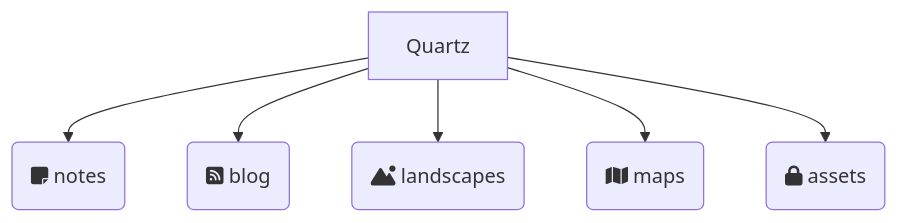
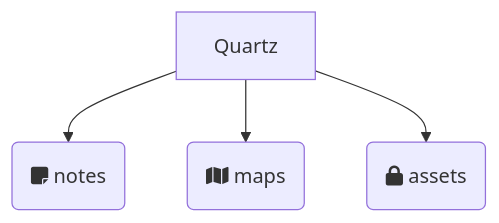
Before and after one commit to quantumgardener/qg.blog: the diagram in content/notes/The Quantum Garden folder structure.md, drawn with Mermaid. The commit also changed other lines of this file and 24 other files, not shown here.

````diff
--- a/content/notes/The Quantum Garden folder structure.md
+++ b/content/notes/The Quantum Garden folder structure.md
@@ -11,8 +11,6 @@
 ```mermaid
 flowchart TD
     A["Quartz"] --> B(fa:fa-note-sticky notes)
-    A --> C(fa:fa-square-rss blog)
-    A --> F(fa:fa-mountain-sun landscapes)
     A --> M(fa:fa-map maps)
     A --> D(fa:fa-lock assets)
 ```
````
